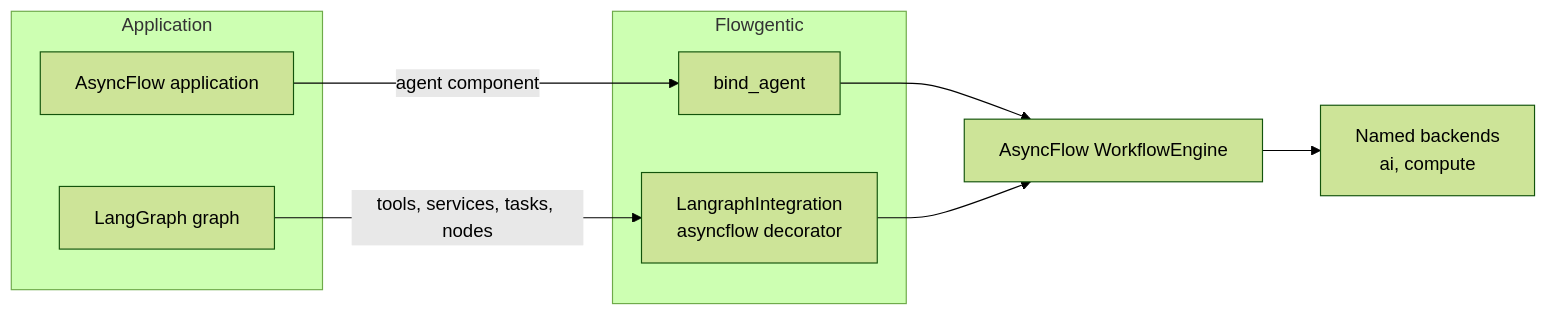
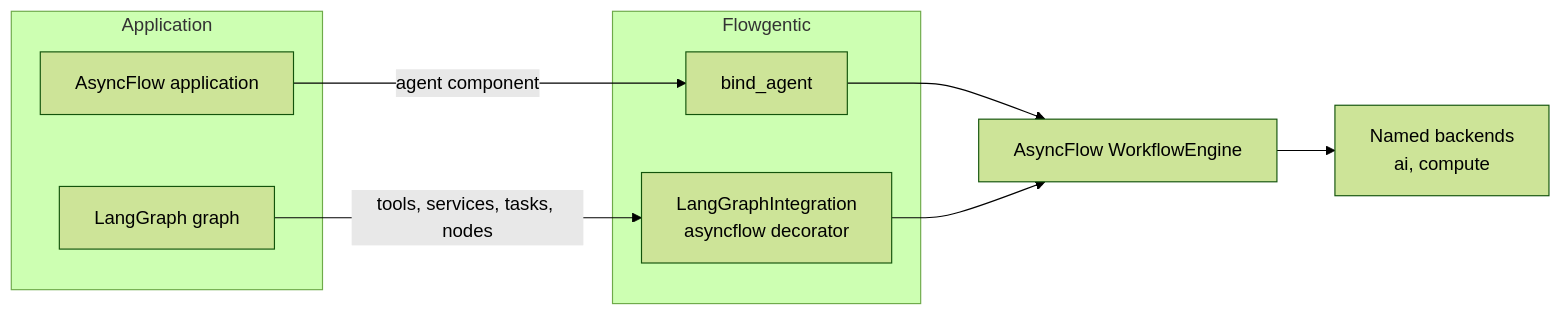
Before and after one commit to stride-research/flowgentic: the second of 4 diagrams in docs/architecture.md, drawn with Mermaid (forest theme). The commit also changed other lines of this file and 4 other files, not shown here.

First line of the commit message:
Name LangGraphIntegration in the pages, and wrap the changelog's long lines

````diff
--- a/docs/architecture.md
+++ b/docs/architecture.md
@@ -72,16 +72,16 @@
 ```mermaid
 flowchart LR
   subgraph Application
     APP[AsyncFlow application]
     GRAPH[LangGraph graph]
   end
   subgraph Flowgentic
     BIND[bind_agent]
-    LGI[LangraphIntegration<br/>asyncflow decorator]
+    LGI[LangGraphIntegration<br/>asyncflow decorator]
   end
   APP -- agent component --> BIND
   GRAPH -- tools, services, tasks, nodes --> LGI
   BIND --> ENGINE[AsyncFlow WorkflowEngine]
   LGI --> ENGINE
   ENGINE --> BACKENDS[Named backends<br/>ai, compute]
 ```
````
